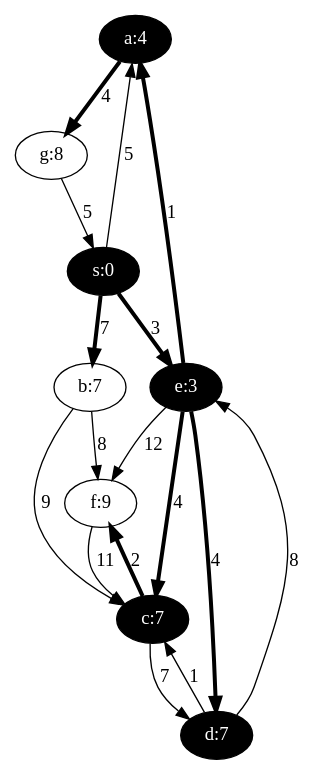
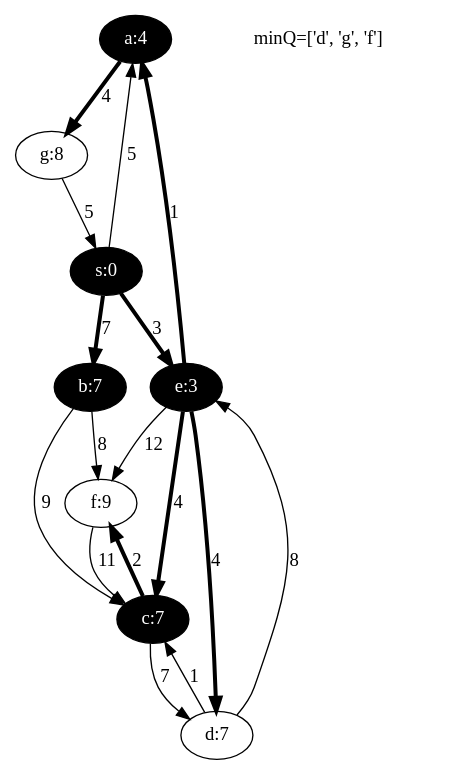
Before and after one commit to nicolasrenet/Graphs: the diagram in examples/dijkstra_gross_yellen_05.dot, drawn with Graphviz. The commit also changed 214 other files, not shown here.

Commit message:
Added an extra key (label) to the vertex comparison function. Dijkstra's key shows content of the min queue. Various layout changes in the LaTeX documents (added an figure width ratio option to alg_to_tex.py). Cleaned up the Makefile.

```diff
--- a/examples/dijkstra_gross_yellen_05.dot
+++ b/examples/dijkstra_gross_yellen_05.dot
@@ -1,26 +1,27 @@
 Digraph {
 a [ label="a:4" fontcolor=white style=filled fontname="time-bold" fillcolor=black ];
-b [ label="b:7" ];
+b [ label="b:7" fontcolor=white style=filled fontname="time-bold" fillcolor=black ];
 c [ label="c:7" fontcolor=white style=filled fontname="time-bold" fillcolor=black ];
-d [ label="d:7" fontcolor=white style=filled fontname="time-bold" fillcolor=black ];
+d [ label="d:7" ];
 e [ label="e:3" fontcolor=white style=filled fontname="time-bold" fillcolor=black ];
 f [ label="f:9" ];
 g [ label="g:8" ];
 s [ label="s:0" fontcolor=white style=filled fontname="time-bold" fillcolor=black ];
 a->g[label="4", penwidth=3];
 b->c[label="9", penwidth=1];
 b->f[label="8", penwidth=1];
 c->d[label="7", penwidth=1];
 c->f[label="2", penwidth=3];
 d->e[label="8", penwidth=1];
 d->c[label="1", penwidth=1];
 e->a[label="1", penwidth=3];
 e->c[label="4", penwidth=3];
 e->d[label="4", penwidth=3];
 e->f[label="12", penwidth=1];
 f->c[label="11", penwidth=1];
 g->s[label="5", penwidth=1];
 s->a[label="5", penwidth=1];
 s->b[label="7", penwidth=3];
 s->e[label="3", penwidth=3];
+legend[label="minQ=['d', 'g', 'f']", color=white];
 }
```
